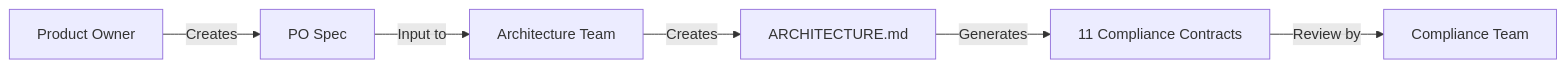
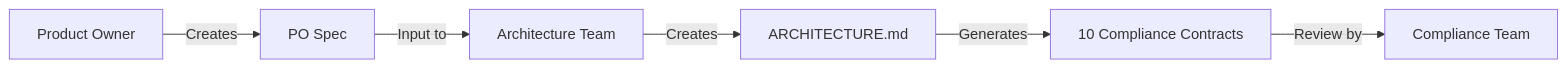
The diagram in README.md (shadowX4fox/solutions-architect-skills), drawn with Mermaid before and after one commit. The commit also changed other lines of this file and 11 other files, not shown here.

````diff
--- a/README.md
+++ b/README.md
@@ -283,8 +282,8 @@
 ```mermaid
 graph LR
     A[Product Owner] -->|Creates| B[PO Spec]
     B -->|Input to| C[Architecture Team]
     C -->|Creates| D[ARCHITECTURE.md]
-    D -->|Generates| E[11 Compliance Contracts]
+    D -->|Generates| E[10 Compliance Contracts]
     E -->|Review by| F[Compliance Team]
 ```
````
